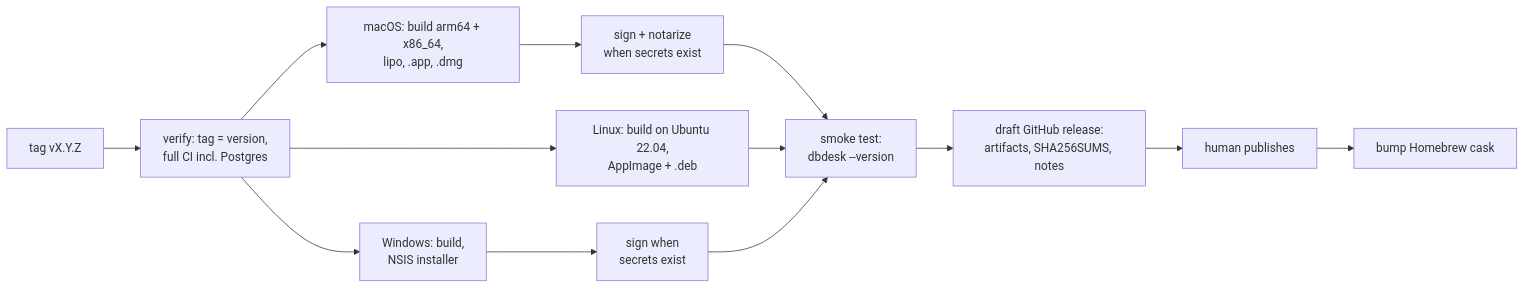
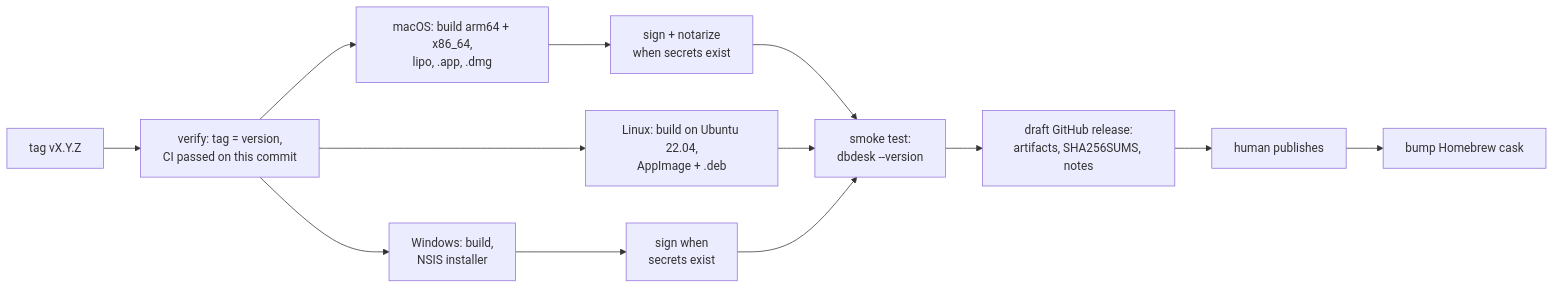
The diagram in docs/releasing.md (navasvarela/dbdesk), drawn with Mermaid before and after one commit. The commit also changed other lines of this file and 2 other files, not shown here.

````diff
--- a/docs/releasing.md
+++ b/docs/releasing.md
@@ -29,15 +29,15 @@
 ```mermaid
 flowchart LR
-    T[tag vX.Y.Z] --> V[verify: tag = version,<br/>full CI incl. Postgres]
+    T[tag vX.Y.Z] --> V[verify: tag = version,<br/>CI passed on this commit]
     V --> M[macOS: build arm64 + x86_64,<br/>lipo, .app, .dmg]
     V --> L[Linux: build on Ubuntu 22.04,<br/>AppImage + .deb]
     V --> W[Windows: build,<br/>NSIS installer]
     M --> S[sign + notarize<br/>when secrets exist]
     W --> S2[sign when<br/>secrets exist]
     S --> K[smoke test:<br/>dbdesk --version]
     L --> K
     S2 --> K
     K --> R[draft GitHub release:<br/>artifacts, SHA256SUMS, notes]
     R --> P[human publishes]
     P --> H[bump Homebrew cask]
 ```
````
